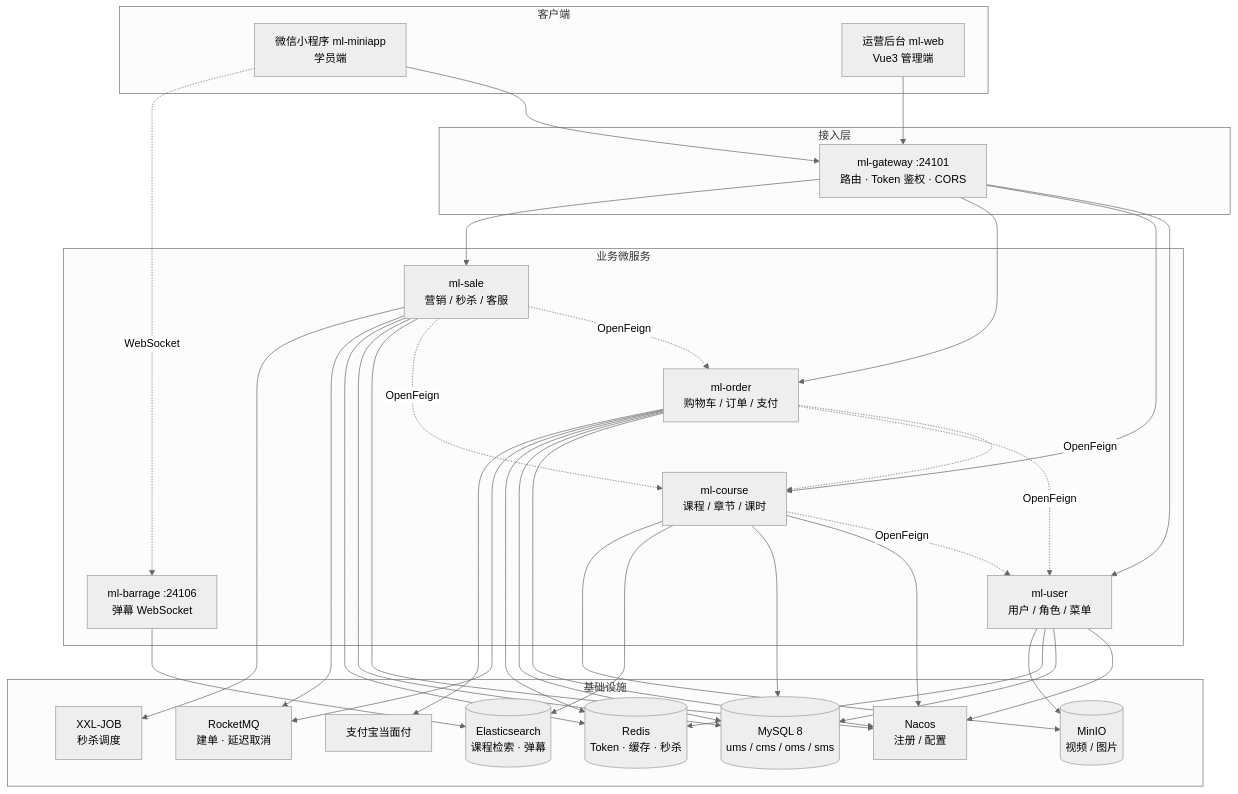
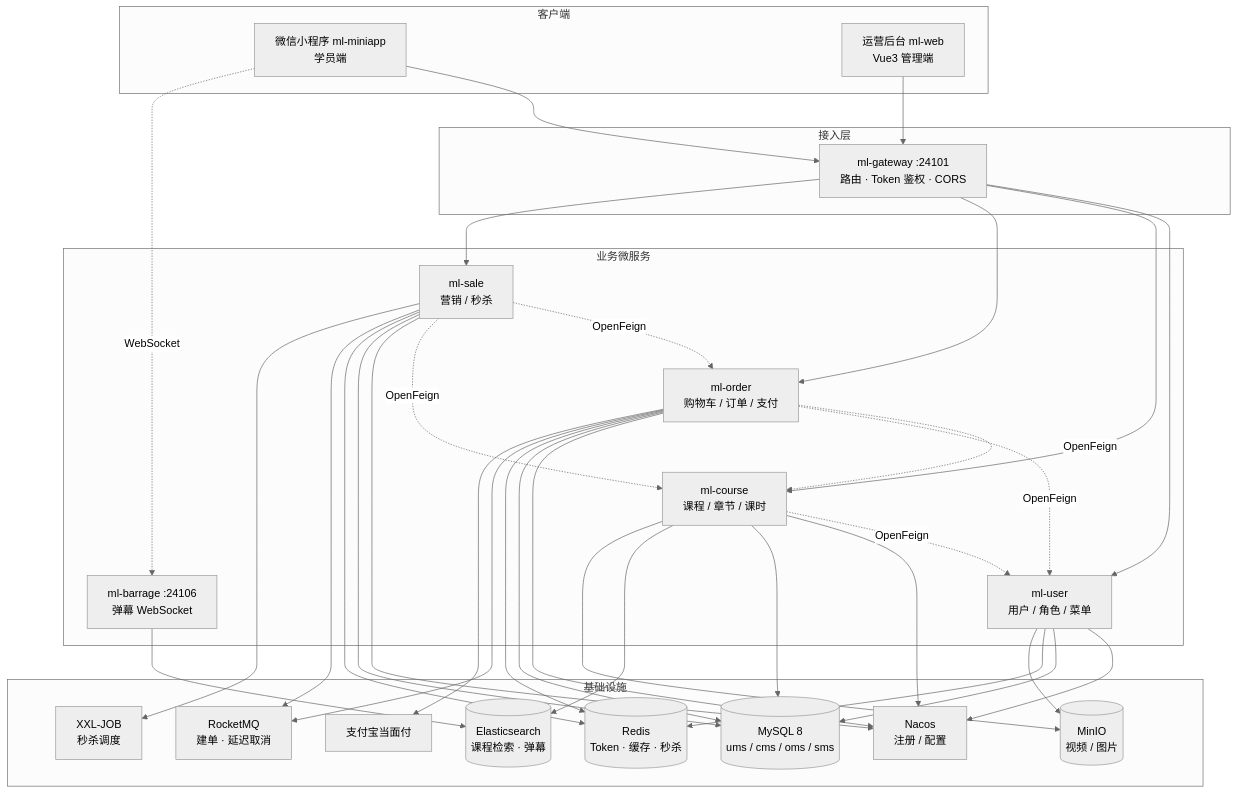
Before and after one commit to Kim-Guanyu/My-lesson-: the diagram in README.md, drawn with Mermaid (neutral theme). The commit also changed other lines of this file and 2699 other files, not shown here.

````diff
--- a/README.md
+++ b/README.md
@@ -57,44 +59,44 @@
 ```mermaid
 flowchart TB
     subgraph client [客户端]
         MP["微信小程序 ml-miniapp<br/>学员端"]
         WEB["运营后台 ml-web<br/>Vue3 管理端"]
     end
 
     subgraph gateway [接入层]
         GW["ml-gateway :24101<br/>路由 · Token 鉴权 · CORS"]
     end
 
     subgraph services [业务微服务]
         USER["ml-user<br/>用户 / 角色 / 菜单"]
         COURSE["ml-course<br/>课程 / 章节 / 课时"]
         ORDER["ml-order<br/>购物车 / 订单 / 支付"]
-        SALE["ml-sale<br/>营销 / 秒杀 / 客服"]
+        SALE["ml-sale<br/>营销 / 秒杀"]
         BARRAGE["ml-barrage :24106<br/>弹幕 WebSocket"]
     end
 
     subgraph infra [基础设施]
         NACOS["Nacos<br/>注册 / 配置"]
         MYSQL[("MySQL 8<br/>ums / cms / oms / sms")]
         REDIS[("Redis<br/>Token · 缓存 · 秒杀")]
         ES[("Elasticsearch<br/>课程检索 · 弹幕")]
         MINIO[("MinIO<br/>视频 / 图片")]
         MQ["RocketMQ<br/>建单 · 延迟取消"]
         XXL["XXL-JOB<br/>秒杀调度"]
         ALIPAY["支付宝当面付"]
     end
 
     MP --> GW
     WEB --> GW
     MP -. WebSocket .-> BARRAGE
     GW --> USER & COURSE & ORDER & SALE
     ORDER -. OpenFeign .-> COURSE & USER
     COURSE -. OpenFeign .-> USER
     SALE -. OpenFeign .-> ORDER & COURSE
     USER & COURSE & ORDER & SALE --> NACOS
     USER --> MYSQL & REDIS & MINIO
     COURSE --> MYSQL & ES & MINIO
     ORDER --> MYSQL & REDIS & MQ & ALIPAY
     SALE --> MYSQL & REDIS & MQ & XXL
     BARRAGE --> ES
 ```
````
